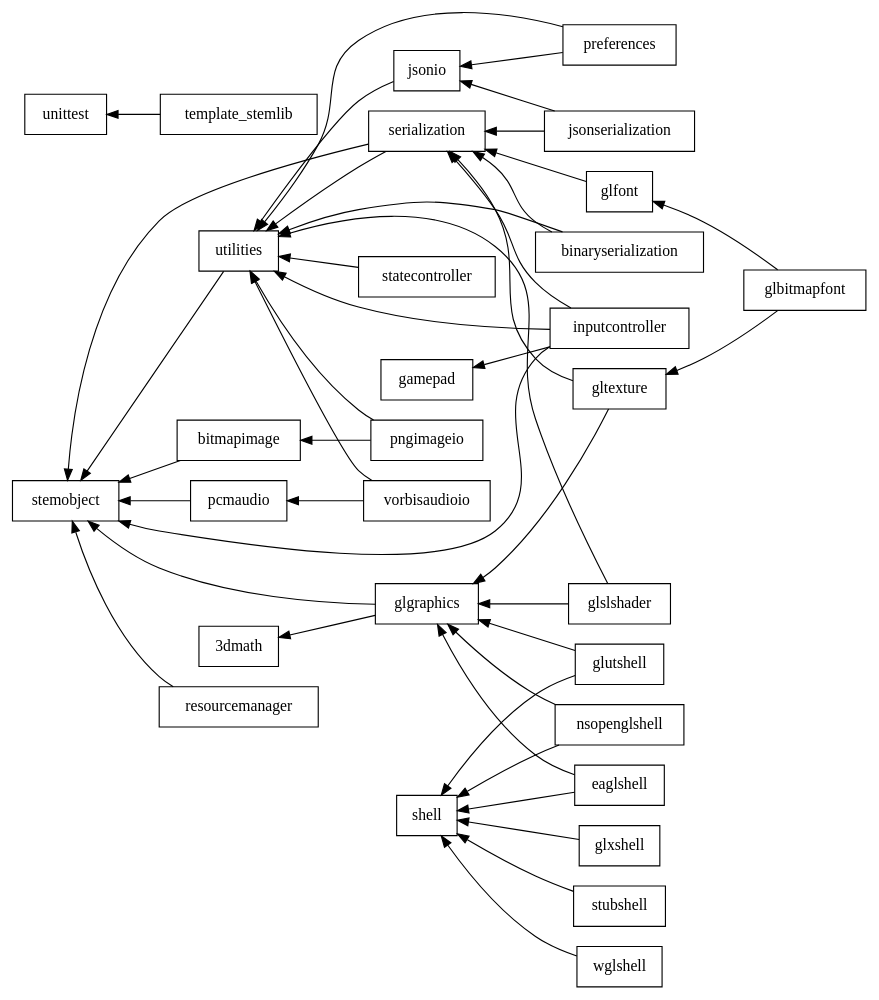
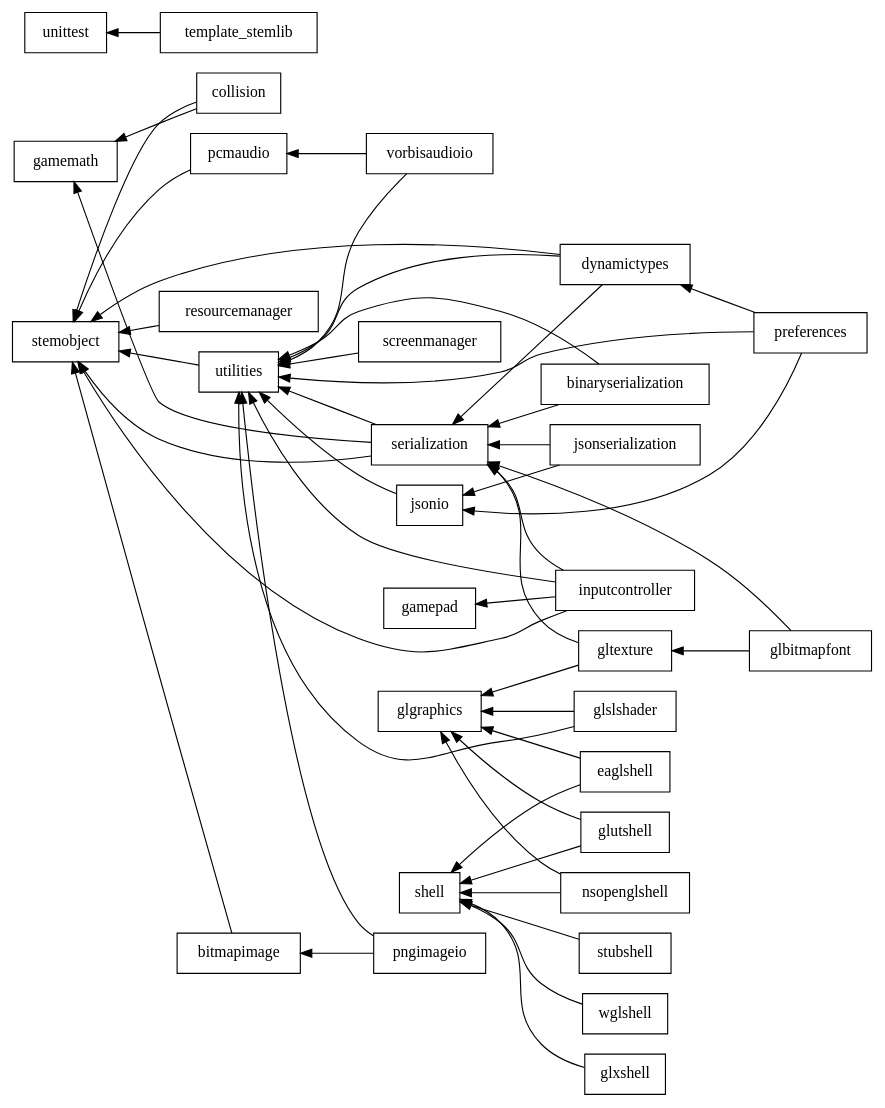
Before and after one commit to NearlyTRex/Stem: the diagram in meta/stem.dot, drawn with Graphviz. The commit also changed 1 other file, not shown here.

```diff
--- a/meta/stem.dot
+++ b/meta/stem.dot
@@ -1,47 +1,47 @@
 digraph stem {
 	graph [rankdir=LR];
 	node [shape=box];
 	edge [dir=back];
 	
-	"3dmath" -> glgraphics;
+	gamemath -> {collision; serialization};
 	preferences;
-	serialization -> {binaryserialization; glfont; gltexture; inputcontroller; jsonserialization}
+	serialization -> {binaryserialization; dynamictypes; glbitmapfont; gltexture; inputcontroller; jsonserialization}
 	shell -> {eaglshell; glutshell; nsopenglshell; stubshell; wglshell; glxshell};
-	stemobject -> {bitmapimage; glgraphics; inputcontroller; pcmaudio; resourcemanager; serialization; utilities};
+	stemobject -> {bitmapimage; collision; dynamictypes; inputcontroller; pcmaudio; resourcemanager; serialization; utilities};
 	unittest -> template_stemlib;
 	gamepad;
 	
 	bitmapimage -> pngimageio;
 	glgraphics -> {eaglshell; gltexture; glutshell; glslshader; nsopenglshell};
 	pcmaudio -> vorbisaudioio;
-	utilities -> {jsonio; pngimageio; preferences; statecontroller; binaryserialization; glslshader; vorbisaudioio; inputcontroller; serialization};
+	utilities -> {jsonio; pngimageio; preferences; screenmanager; binaryserialization; glslshader; vorbisaudioio; inputcontroller; serialization; dynamictypes};
+	
+	dynamictypes -> preferences;
 	
 	gamepad -> inputcontroller;
 	gltexture -> glbitmapfont;
-	glfont -> glbitmapfont;
 	jsonio -> {jsonserialization; preferences};
 	
 	shell [group="shells"];
 	eaglshell [group="shells"];
 	glutshell [group="shells"];
 	glxshell [group="shells"];
 	nsopenglshell [group="shells"];
 	stubshell [group="shells"];
 	wglshell [group="shells"];
 	
 	serialization [group="serialization"];
 	binaryserialization [group="serialization"];
 	jsonserialization [group="serialization"];
 	
 	glgraphics [group="opengl"];
 	gltexture [group="opengl"];
-	glfont [group="opengl"];
 	glbitmapfont [group="opengl"];
 	glslshader [group="opengl"];
 	
 	bitmapimage [group="image"];
 	pngimageio [group="image"];
 	
 	pcmaudio [group="audio"];
 	vorbisaudioio [group="audio"];
 }
```
